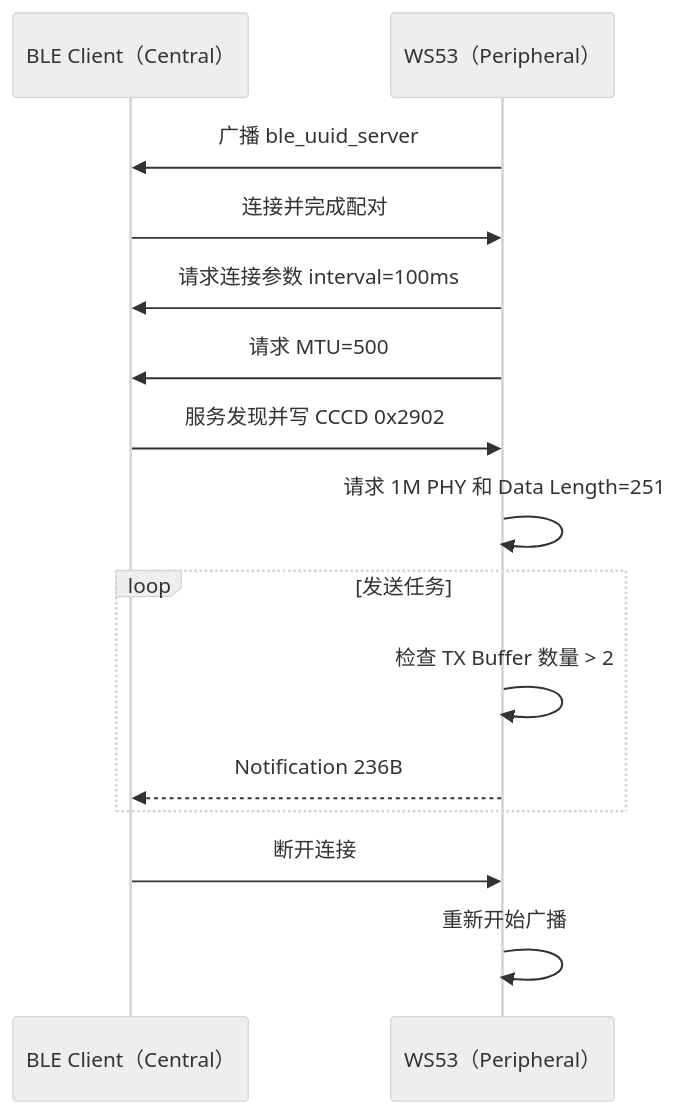
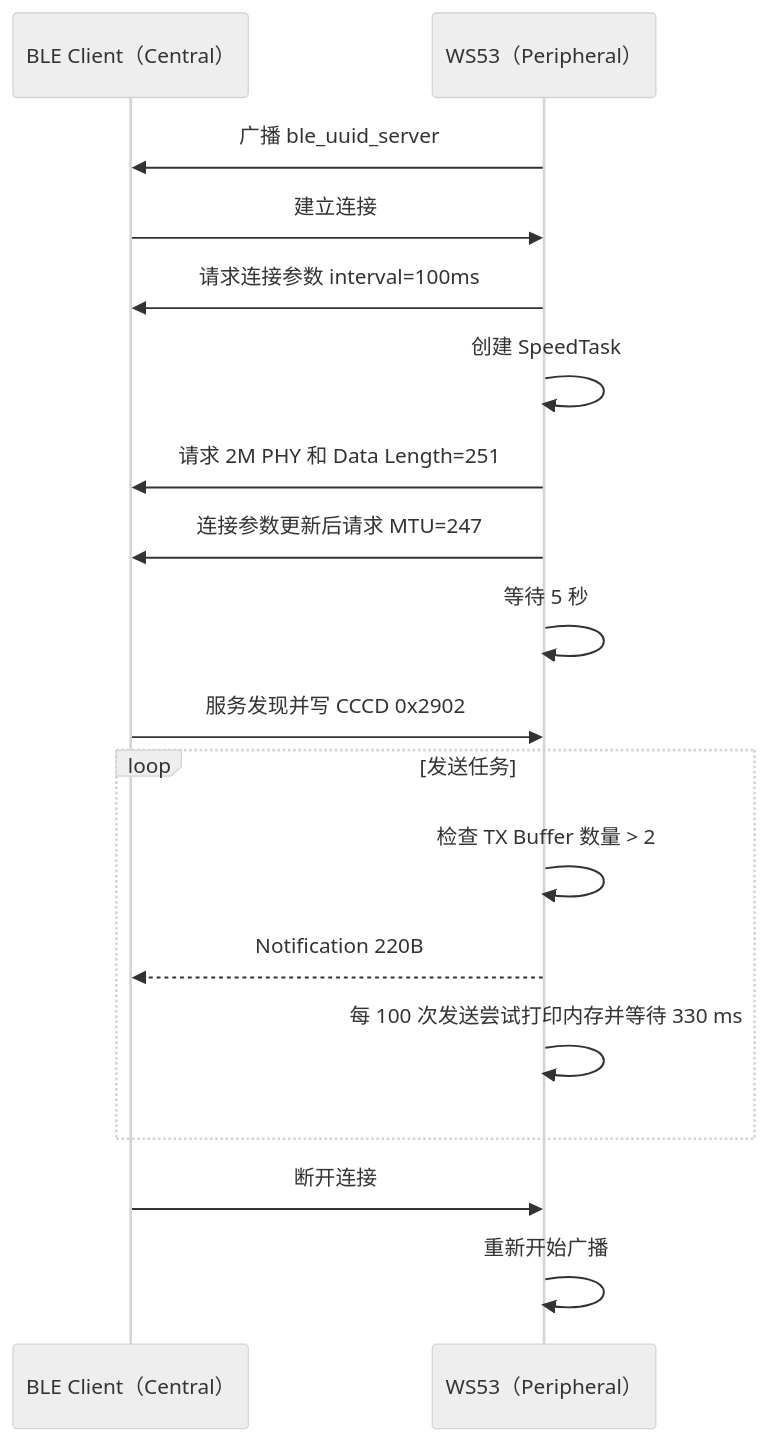
The second of 2 diagrams in docs/zh-CN/samples/connectivity/ble/high-throughput.md (sanchuanhehe/fbb_ws53), drawn with Mermaid (neutral theme) before and after one commit. The commit also changed other lines of this file and 17 other files, not shown here.

````diff
--- a/docs/zh-CN/samples/connectivity/ble/high-throughput.md
+++ b/docs/zh-CN/samples/connectivity/ble/high-throughput.md
@@ -81,17 +87,20 @@
 ```mermaid
 sequenceDiagram
     participant Client as BLE Client（Central）
     participant Dev as WS53（Peripheral）
     Dev->>Client: 广播 ble_uuid_server
-    Client->>Dev: 连接并完成配对
+    Client->>Dev: 建立连接
     Dev->>Client: 请求连接参数 interval=100ms
-    Dev->>Client: 请求 MTU=500
+    Dev->>Dev: 创建 SpeedTask
+    Dev->>Client: 请求 2M PHY 和 Data Length=251
+    Dev->>Client: 连接参数更新后请求 MTU=247
+    Dev->>Dev: 等待 5 秒
     Client->>Dev: 服务发现并写 CCCD 0x2902
-    Dev->>Dev: 请求 1M PHY 和 Data Length=251
     loop 发送任务
         Dev->>Dev: 检查 TX Buffer 数量 > 2
-        Dev-->>Client: Notification 236B
+        Dev-->>Client: Notification 220B
+        Dev->>Dev: 每 100 次发送尝试打印内存并等待 330 ms
     end
     Client->>Dev: 断开连接
     Dev->>Dev: 重新开始广播
 ```
````
